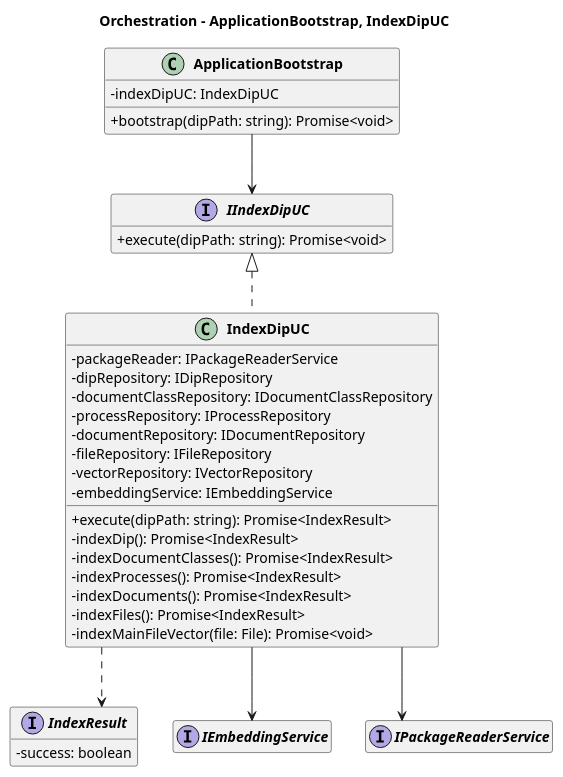
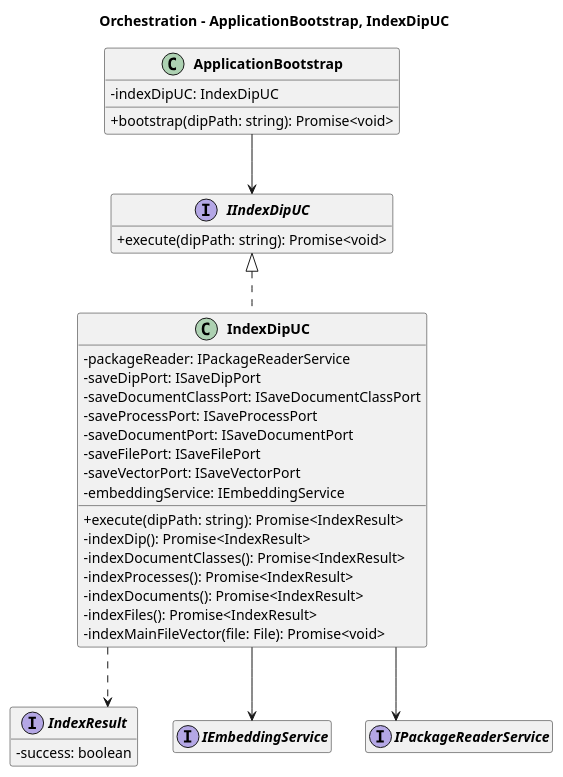
Before and after one commit to 7-ZPUs/Docs: the diagram in 3_PB/DocumentiEsterni/DiagrammiSpecificaTecnica/C4/C4_Orchestration.puml, drawn with PlantUML. The commit also changed 6 other files, not shown here.

```diff
--- a/3_PB/DocumentiEsterni/DiagrammiSpecificaTecnica/C4/C4_Orchestration.puml
+++ b/3_PB/DocumentiEsterni/DiagrammiSpecificaTecnica/C4/C4_Orchestration.puml
@@ -1,52 +1,52 @@
 @startuml Class Diagram - Main Indexing Flow - Orchestration
 
 top to bottom direction
 skinparam classAttributeIconSize 0
 skinparam classFontStyle bold
 skinparam packageStyle rectangle
 skinparam linetype ortho
 hide empty members
 
 title Orchestration - ApplicationBootstrap, IndexDipUC
 
 
   class ApplicationBootstrap {
     - indexDipUC: IndexDipUC
     + bootstrap(dipPath: string): Promise<void>
   }
 
   interface IIndexDipUC {
     + execute(dipPath: string): Promise<void>
   }
 
   class IndexDipUC implements IIndexDipUC {
-      - packageReader: IPackageReaderService
-     - dipRepository: IDipRepository
-     - documentClassRepository: IDocumentClassRepository
-     - processRepository: IProcessRepository
-     - documentRepository: IDocumentRepository
-     - fileRepository: IFileRepository
-     - vectorRepository: IVectorRepository
+     - packageReader: IPackageReaderService
+     - saveDipPort: ISaveDipPort
+     - saveDocumentClassPort: ISaveDocumentClassPort
+     - saveProcessPort: ISaveProcessPort
+     - saveDocumentPort: ISaveDocumentPort
+     - saveFilePort: ISaveFilePort
+     - saveVectorPort: ISaveVectorPort
      - embeddingService: IEmbeddingService
      + execute(dipPath: string): Promise<IndexResult>
      - indexDip(): Promise<IndexResult>
      - indexDocumentClasses(): Promise<IndexResult>
      - indexProcesses(): Promise<IndexResult>
      - indexDocuments(): Promise<IndexResult>
      - indexFiles(): Promise<IndexResult>
      - indexMainFileVector(file: File): Promise<void>
   }
 
   interface IndexResult{
      - success: boolean
   }
 
 
 interface IEmbeddingService {}
 interface IPackageReaderService {}
 
 ApplicationBootstrap --> IIndexDipUC
 IndexDipUC --> IPackageReaderService
 IndexDipUC --> IEmbeddingService
 IndexDipUC ..> IndexResult
 @enduml
```
